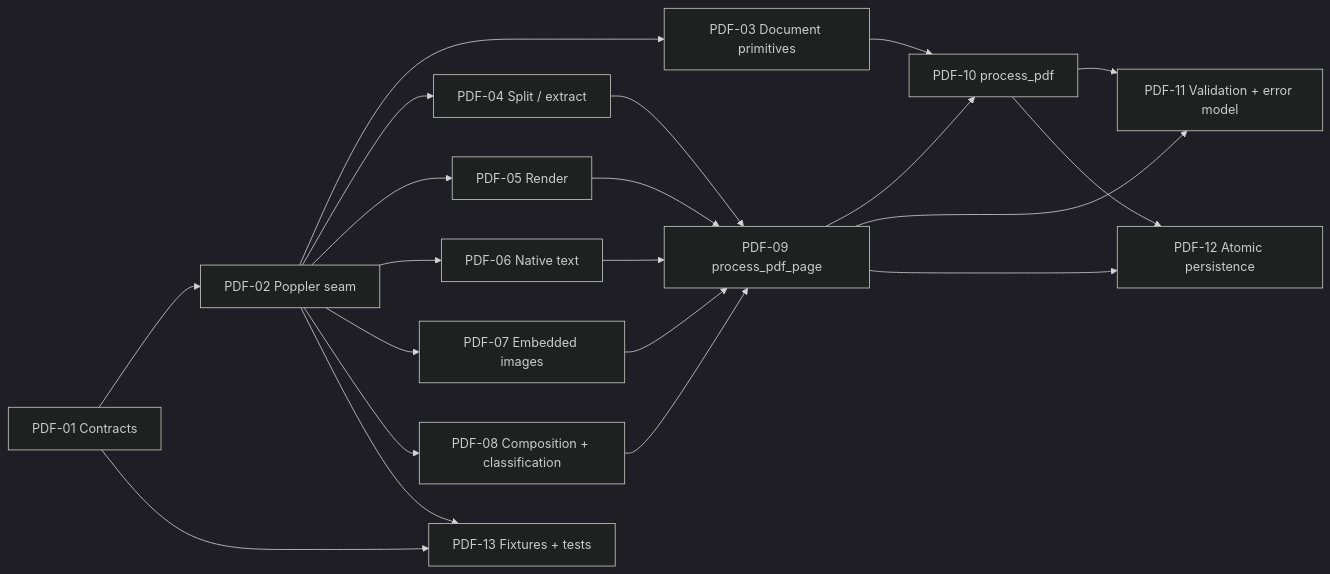
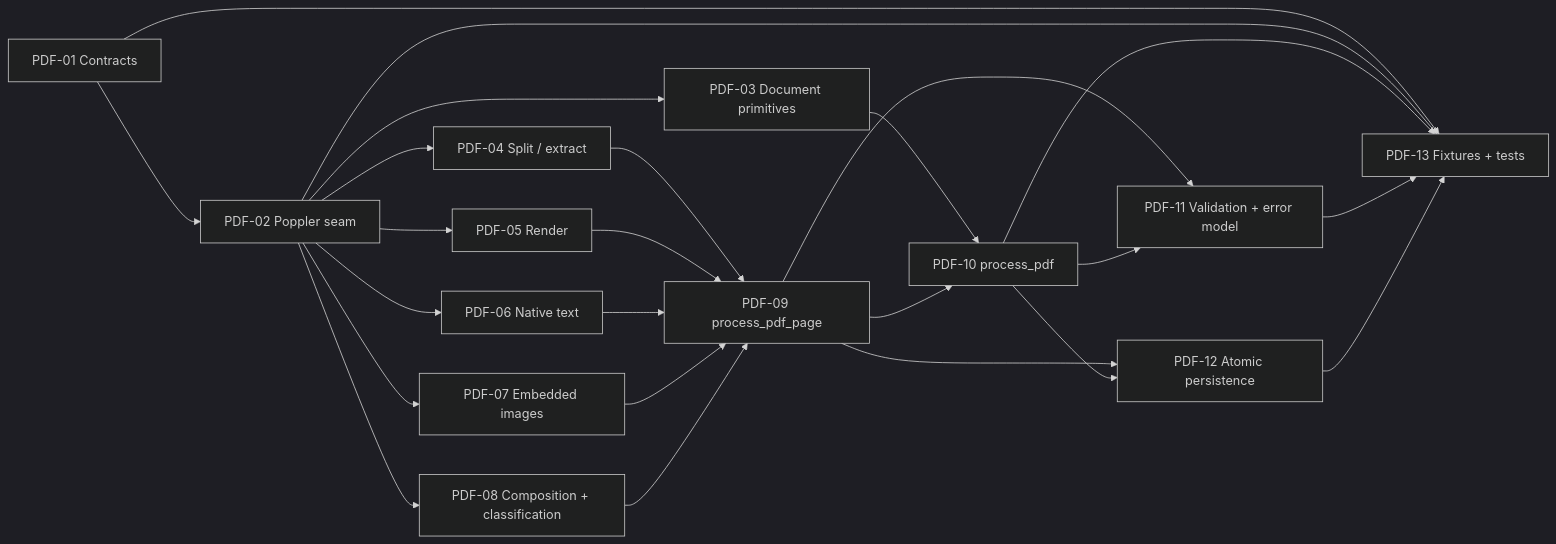
Before and after one commit to mariogarcia-ar/docflow: the diagram in docs/plan/issues/wbs-procesador-pdf.md, drawn with Mermaid (dark theme). The commit also changed other lines of this file and 11 other files, not shown here.

````diff
--- a/docs/plan/issues/wbs-procesador-pdf.md
+++ b/docs/plan/issues/wbs-procesador-pdf.md
@@ -258,23 +258,26 @@
 ```mermaid
 flowchart LR
     PDF01["PDF-01 Contracts"] --> PDF02["PDF-02 Poppler seam"]
     PDF02 --> PDF03["PDF-03 Document primitives"]
     PDF02 --> PDF04["PDF-04 Split / extract"]
     PDF02 --> PDF05["PDF-05 Render"]
     PDF02 --> PDF06["PDF-06 Native text"]
     PDF02 --> PDF07["PDF-07 Embedded images"]
     PDF02 --> PDF08["PDF-08 Composition + classification"]
     PDF04 --> PDF09["PDF-09 process_pdf_page"]
     PDF05 --> PDF09
     PDF06 --> PDF09
     PDF07 --> PDF09
     PDF08 --> PDF09
     PDF03 --> PDF10["PDF-10 process_pdf"]
     PDF09 --> PDF10
     PDF09 --> PDF11["PDF-11 Validation + error model"]
     PDF10 --> PDF11
     PDF09 --> PDF12["PDF-12 Atomic persistence"]
     PDF10 --> PDF12
     PDF01 --> PDF13["PDF-13 Fixtures + tests"]
     PDF02 --> PDF13
+    PDF10 --> PDF13
+    PDF11 --> PDF13
+    PDF12 --> PDF13
 ```
````
